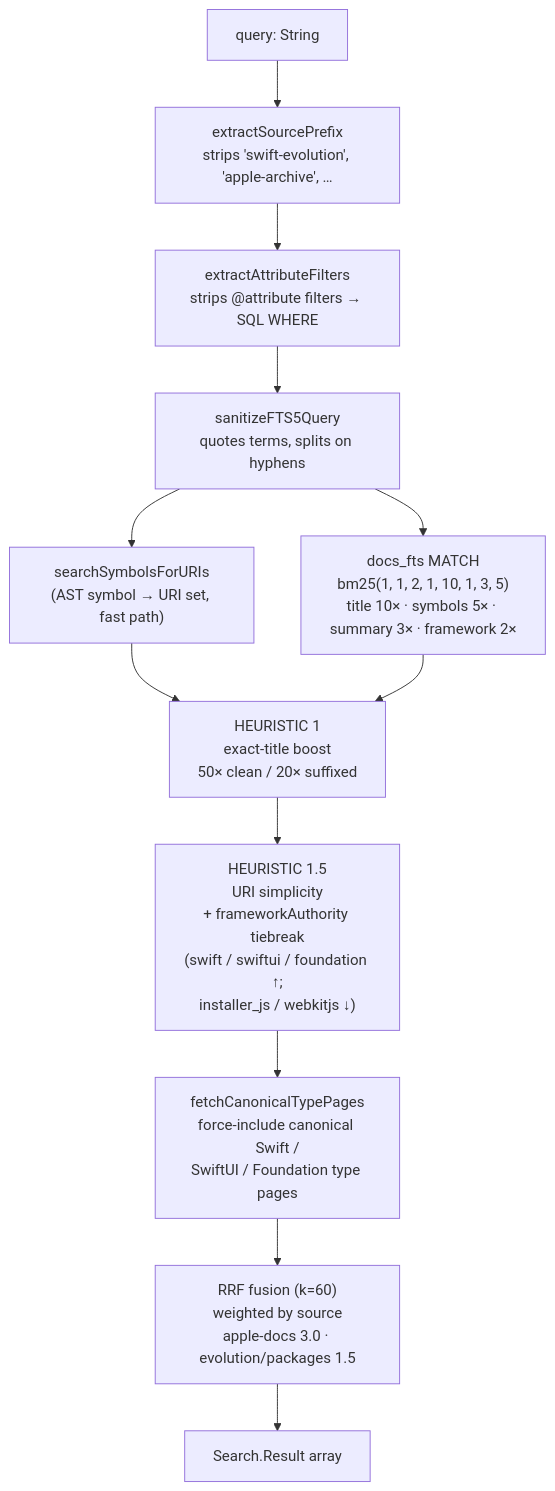
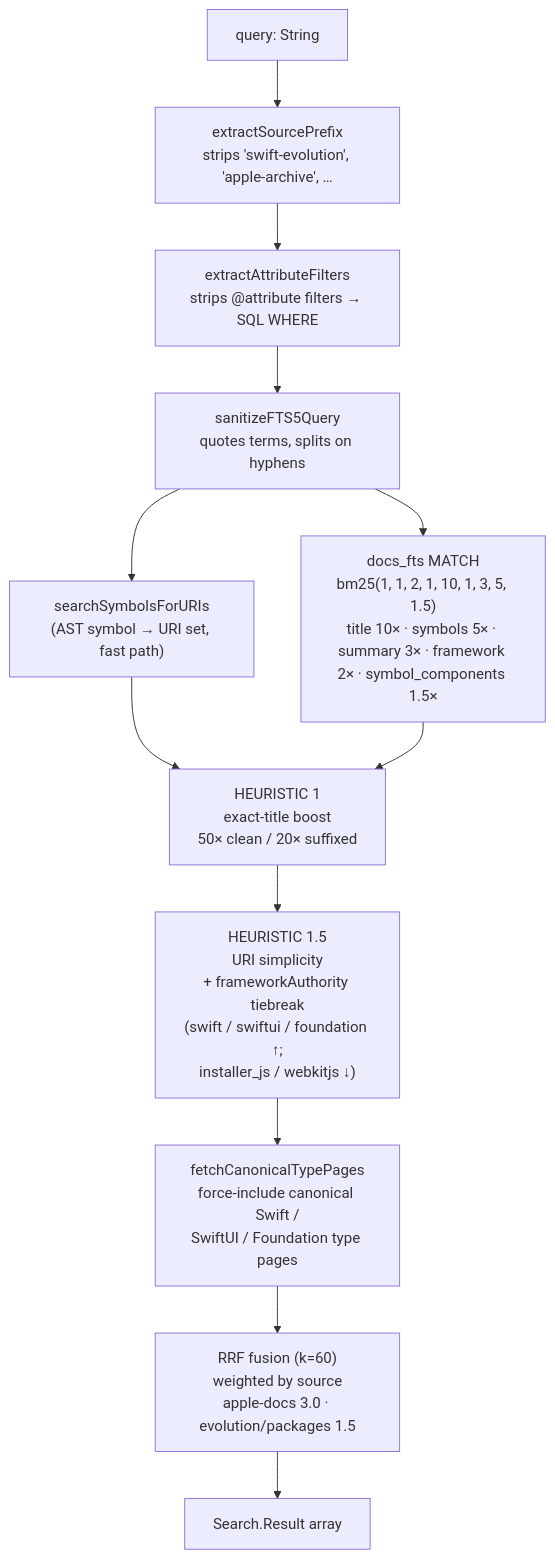
Before and after one commit to mihaelamj/cupertino: the third of 3 diagrams in docs/ARCHITECTURE.md, drawn with Mermaid. The commit also changed other lines of this file, not shown here.

First line of the commit message:
docs(architecture): correct stale facts vs current code

````diff
--- a/docs/ARCHITECTURE.md
+++ b/docs/ARCHITECTURE.md
@@ -156,17 +173,17 @@
 ```mermaid
 flowchart TD
     Q[query: String]
     Q --> EP["extractSourcePrefix<br/>strips 'swift-evolution', 'apple-archive', …"]
     EP --> EA["extractAttributeFilters<br/>strips @attribute filters → SQL WHERE"]
     EA --> SQ["sanitizeFTS5Query<br/>quotes terms, splits on hyphens"]
 
     SQ --> SS["searchSymbolsForURIs<br/>(AST symbol → URI set, fast path)"]
-    SQ --> FTS["docs_fts MATCH<br/>bm25(1, 1, 2, 1, 10, 1, 3, 5)<br/>title 10× · symbols 5× · summary 3× · framework 2×"]
+    SQ --> FTS["docs_fts MATCH<br/>bm25(1, 1, 2, 1, 10, 1, 3, 5, 1.5)<br/>title 10× · symbols 5× · summary 3× · framework 2× · symbol_components 1.5×"]
 
     SS --> H1["HEURISTIC 1<br/>exact-title boost<br/>50× clean / 20× suffixed"]
     FTS --> H1
     H1 --> H15["HEURISTIC 1.5<br/>URI simplicity<br/>+ frameworkAuthority tiebreak<br/>(swift / swiftui / foundation ↑;<br/>installer_js / webkitjs ↓)"]
     H15 --> CTP["fetchCanonicalTypePages<br/>force-include canonical Swift /<br/>SwiftUI / Foundation type pages"]
     CTP --> RRF["RRF fusion (k=60)<br/>weighted by source<br/>apple-docs 3.0 · evolution/packages 1.5"]
     RRF --> R[Search.Result array]
 ```
````
